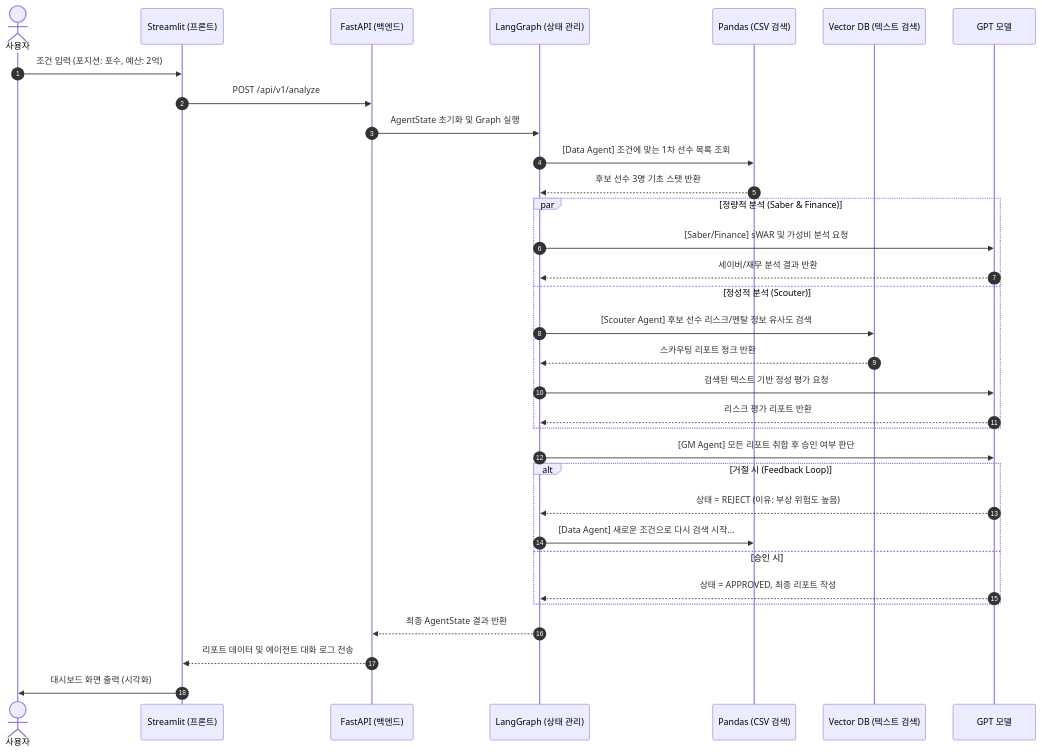
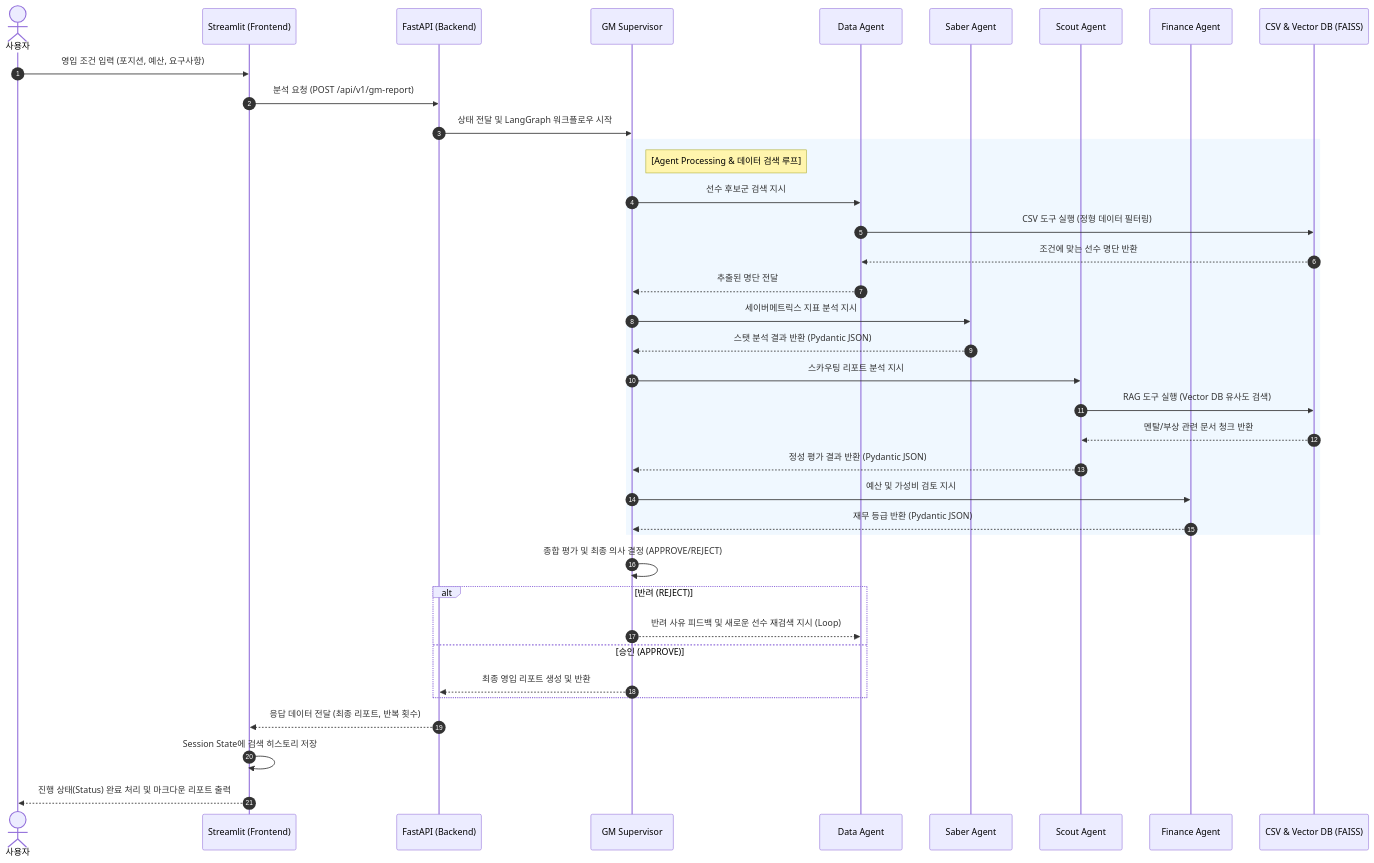
Before and after one commit to nomad4u/nomad4u: the diagram in README2.md, drawn with Mermaid.

````diff
--- a/README2.md
+++ b/README2.md
@@ -1,44 +1,49 @@
 ```mermaid
 sequenceDiagram
     autonumber
     actor User as 사용자
-    participant UI as Streamlit (프론트)
-    participant API as FastAPI (백엔드)
-    participant Graph as LangGraph (상태 관리)
-    participant Tool as Pandas (CSV 검색)
-    participant RAG as Vector DB (텍스트 검색)
-    participant LLM as GPT 모델
+    participant UI as Streamlit (Frontend)
+    participant API as FastAPI (Backend)
+    participant GM as GM Supervisor
+    participant Data as Data Agent
+    participant Saber as Saber Agent
+    participant Scout as Scout Agent
+    participant Finance as Finance Agent
+    participant DB as CSV & Vector DB (FAISS)
 
-    User->>UI: 조건 입력 (포지션: 포수, 예산: 2억)
-    UI->>API: POST /api/v1/analyze
-    API->>Graph: AgentState 초기화 및 Graph 실행
-    
-    %% 데이터 수집 단계
-    Graph->>Tool: [Data Agent] 조건에 맞는 1차 선수 목록 조회
-    Tool-->>Graph: 후보 선수 3명 기초 스탯 반환
-    
-    %% 병렬 분석 단계 (RAG 및 스탯 분석)
-    par 정량적 분석 (Saber & Finance)
-        Graph->>LLM: [Saber/Finance] sWAR 및 가성비 분석 요청
-        LLM-->>Graph: 세이버/재무 분석 결과 반환
-    and 정성적 분석 (Scouter)
-        Graph->>RAG: [Scouter Agent] 후보 선수 리스크/멘탈 정보 유사도 검색
-        RAG-->>Graph: 스카우팅 리포트 청크 반환
-        Graph->>LLM: 검색된 텍스트 기반 정성 평가 요청
-        LLM-->>Graph: 리스크 평가 리포트 반환
+    User->>UI: 영입 조건 입력 (포지션, 예산, 요구사항)
+    UI->>API: 분석 요청 (POST /api/v1/gm-report)
+    API->>GM: 상태 전달 및 LangGraph 워크플로우 시작
+
+    rect rgb(240, 248, 255)
+        Note right of GM: [Agent Processing & 데이터 검색 루프]
+        
+        GM->>Data: 선수 후보군 검색 지시
+        Data->>DB: CSV 도구 실행 (정형 데이터 필터링)
+        DB-->>Data: 조건에 맞는 선수 명단 반환
+        Data-->>GM: 추출된 명단 전달
+
+        GM->>Saber: 세이버메트릭스 지표 분석 지시
+        Saber-->>GM: 스탯 분석 결과 반환 (Pydantic JSON)
+
+        GM->>Scout: 스카우팅 리포트 분석 지시
+        Scout->>DB: RAG 도구 실행 (Vector DB 유사도 검색)
+        DB-->>Scout: 멘탈/부상 관련 문서 청크 반환
+        Scout-->>GM: 정성 평가 결과 반환 (Pydantic JSON)
+
+        GM->>Finance: 예산 및 가성비 검토 지시
+        Finance-->>GM: 재무 등급 반환 (Pydantic JSON)
     end
-    
-    %% GM 의사결정
-    Graph->>LLM: [GM Agent] 모든 리포트 취합 후 승인 여부 판단
-    
-    alt 거절 시 (Feedback Loop)
-        LLM-->>Graph: 상태 = REJECT (이유: 부상 위험도 높음)
-        Graph->>Tool: [Data Agent] 새로운 조건으로 다시 검색 시작...
-    else 승인 시
-        LLM-->>Graph: 상태 = APPROVED, 최종 리포트 작성
+
+    GM->>GM: 종합 평가 및 최종 의사 결정 (APPROVE/REJECT)
+
+    alt 반려 (REJECT)
+        GM-->>Data: 반려 사유 피드백 및 새로운 선수 재검색 지시 (Loop)
+    else 승인 (APPROVE)
+        GM-->>API: 최종 영입 리포트 생성 및 반환
     end
-    
-    Graph-->>API: 최종 AgentState 결과 반환
-    API-->>UI: 리포트 데이터 및 에이전트 대화 로그 전송
-    UI->>User: 대시보드 화면 출력 (시각화)
+
+    API-->>UI: 응답 데이터 전달 (최종 리포트, 반복 횟수)
+    UI->>UI: Session State에 검색 히스토리 저장
+    UI-->>User: 진행 상태(Status) 완료 처리 및 마크다운 리포트 출력
 ```
````
